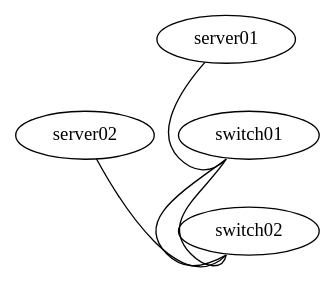
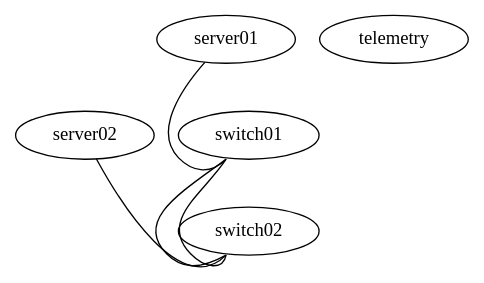
One commit to chronot1995/cumulus-ansible-intermediate-l3-dc-hostpack-j2 changed the diagram in vx-simulation/int-ansible-training-l3-dc-hostpack-j2.dot. Above: the diagram before and after it, drawn with Graphviz. The commit also changed 8 other files, not shown here.

```diff
--- a/vx-simulation/int-ansible-training-l3-dc-hostpack-j2.dot
+++ b/vx-simulation/int-ansible-training-l3-dc-hostpack-j2.dot
@@ -1,13 +1,14 @@
 graph training {
  "switch01" [function="leaf" os="CumulusCommunity/cumulus-vx" version="3.6.2" memory="768" config="./helper_scripts/extra_switch_config.sh" mgmt_ip="192.168.200.1"]
  "switch02" [function="leaf" os="CumulusCommunity/cumulus-vx" version="3.6.2" memory="768" config="./helper_scripts/extra_switch_config.sh" mgmt_ip="192.168.200.2"]
  "server01" [function="host" os="yk0/ubuntu-xenial" memory="512" config="./helper_scripts/extra_server_config.sh" mgmt_ip="192.168.200.11"]
  "server02" [function="host" os="yk0/ubuntu-xenial" memory="512" config="./helper_scripts/extra_server_config.sh" mgmt_ip="192.168.200.12"]
+ "telemetry" [function="host" os="cumulus/ts" memory="768" config="./helper_scripts/extra_server_config.sh" mgmt_ip="192.168.200.13"]
 
 
  "switch01":"swp1" -- "switch02":"swp1"
  "switch01":"swp2" -- "switch02":"swp2"
  "server01":"eth1" -- "switch01":"swp10"
  "server02":"eth1" -- "switch02":"swp10"
 
  }
```
